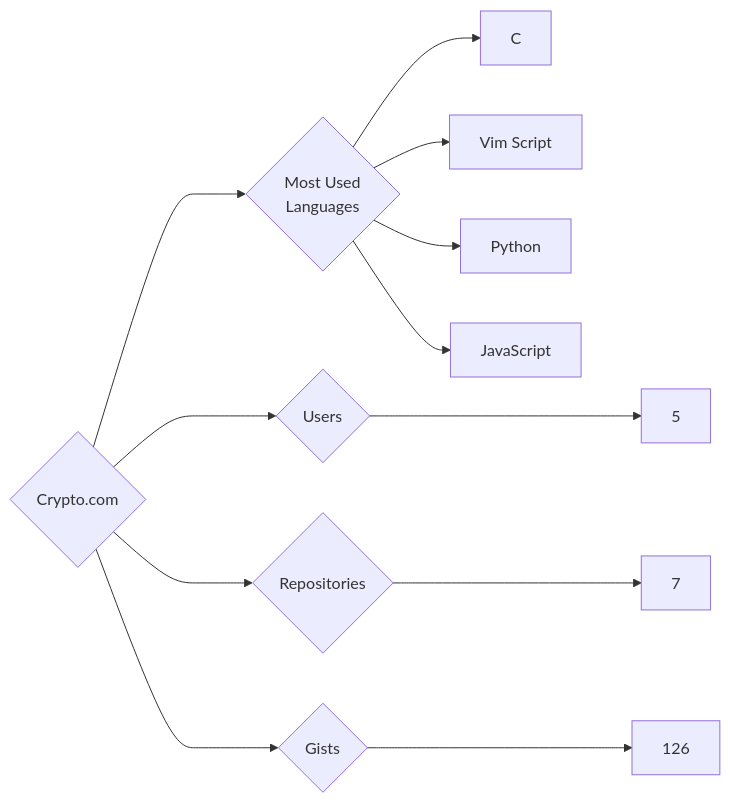
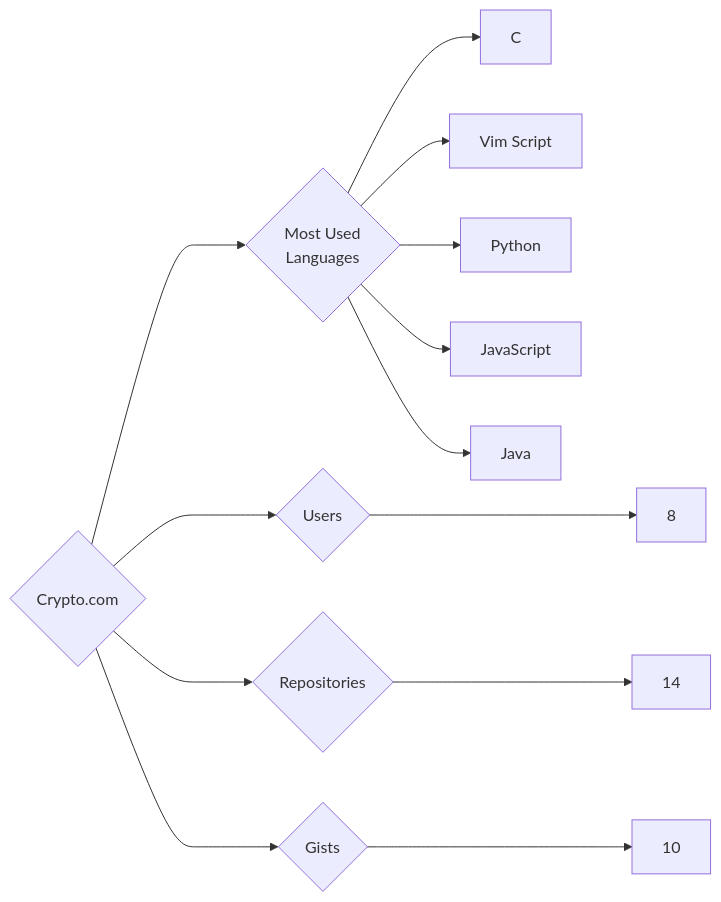
Before and after one commit to trickest/insiders: the diagram in targets/Crypto.com/README.md, drawn with Mermaid. The commit also changed 1055 other files, not shown here.

````diff
--- a/targets/Crypto.com/README.md
+++ b/targets/Crypto.com/README.md
@@ -3,12 +3,13 @@
 ```mermaid
 graph LR
 COMPANY_NAME{Crypto.com}
-COMPANY_NAME ---> U{Users} ---> UN[5]
-COMPANY_NAME ---> R{Repositories} ---> RN[7]
-COMPANY_NAME ---> G{Gists} ---> GN[126]
+COMPANY_NAME ---> U{Users} ---> UN[8]
+COMPANY_NAME ---> R{Repositories} ---> RN[14]
+COMPANY_NAME ---> G{Gists} ---> GN[10]
 COMPANY_NAME ---> ML{Most Used<br>Languages}
 ML --> C[C]
 ML --> Vim_Script[Vim Script]
 ML --> Python[Python]
 ML --> JavaScript[JavaScript]
+ML --> Java[Java]
 ```
````
